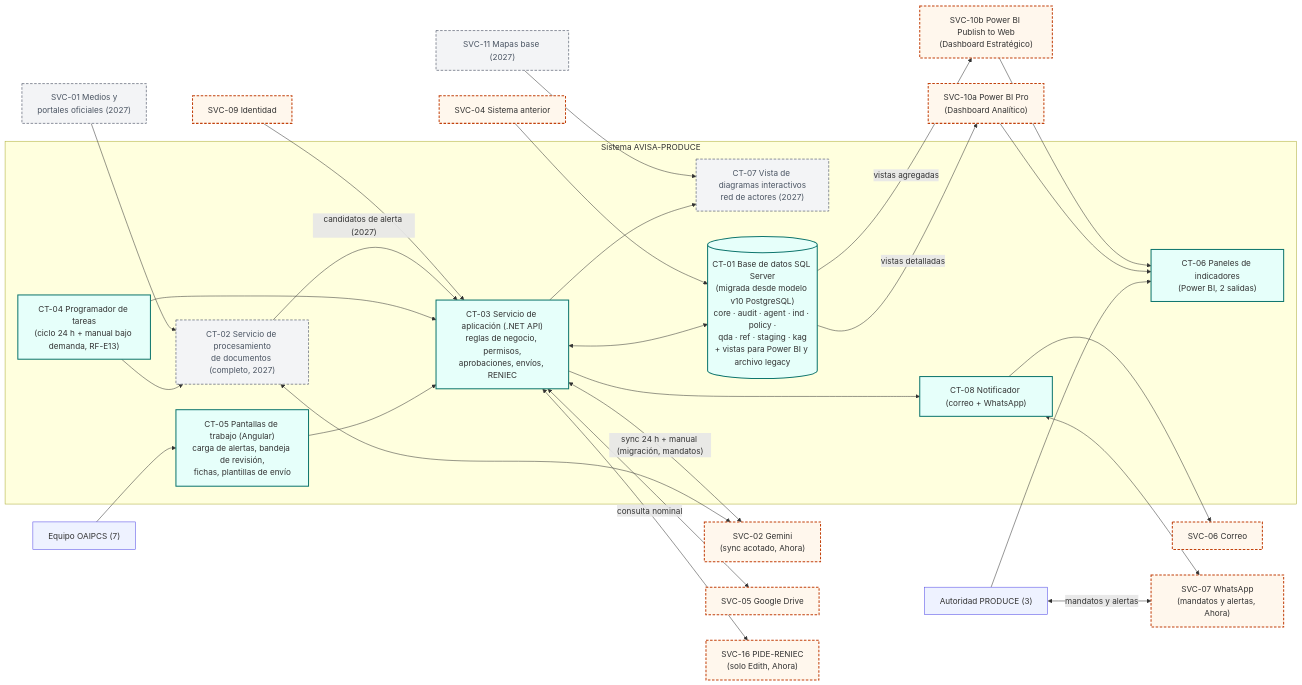
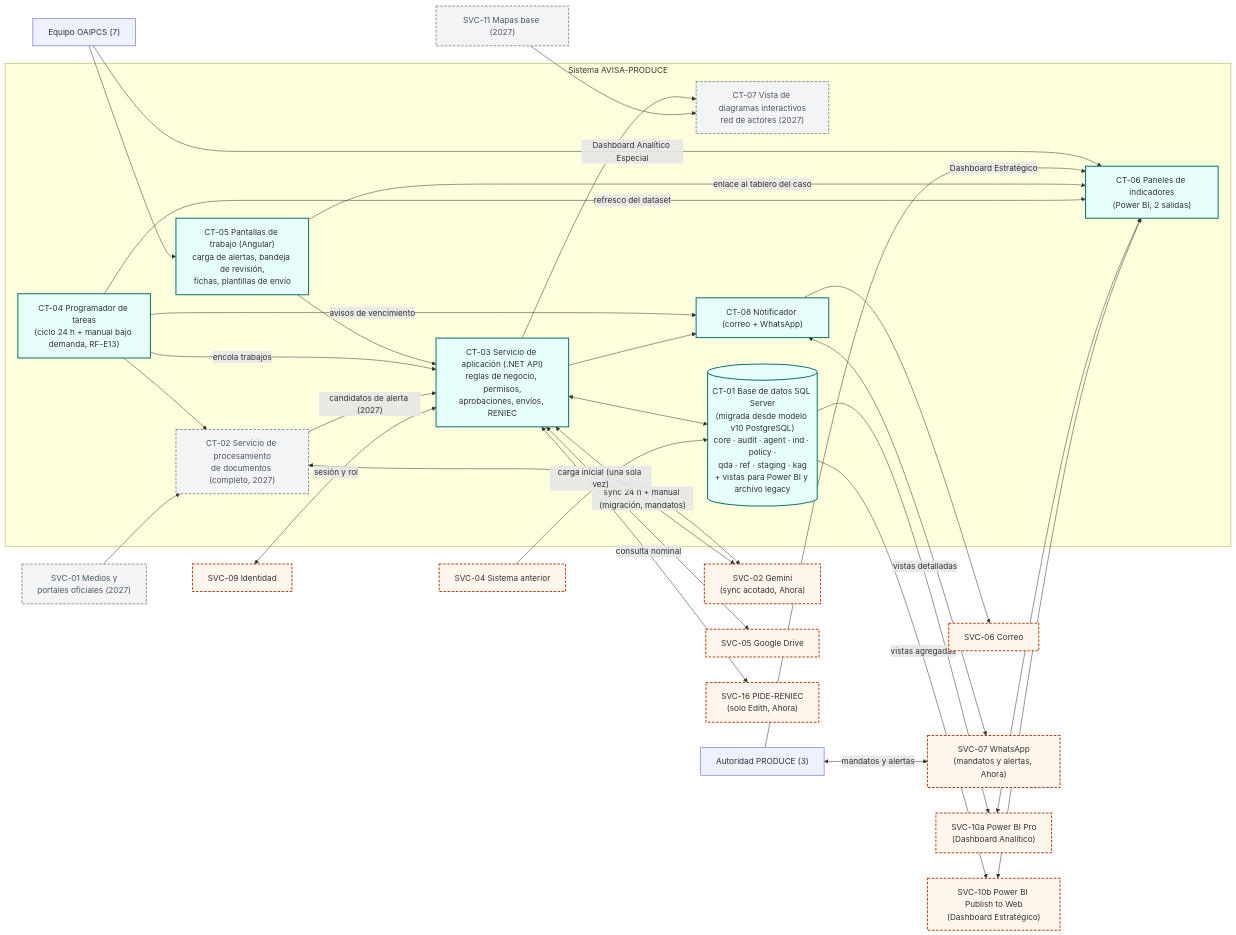
Before and after one commit to diegopaucarv/avisa: the fourth of 9 diagrams in docs/ERS_AVISA_PRODUCE_v0.6.md, drawn with Mermaid. The commit also changed other lines of this file and 32 other files, not shown here.

````diff
--- a/docs/ERS_AVISA_PRODUCE_v0.6.md
+++ b/docs/ERS_AVISA_PRODUCE_v0.6.md
@@ -1567,59 +1599,63 @@
 ```mermaid
 flowchart LR
   classDef pieza fill:#e6fffa,stroke:#0f766e,stroke-width:2px;
   classDef integra fill:#fff7ed,stroke:#c2410c,stroke-width:2px,stroke-dasharray:5 3;
   classDef pendiente fill:#fef2f2,stroke:#b91c1c,stroke-width:1.5px,stroke-dasharray:2 2;
   classDef futuro fill:#f3f4f6,stroke:#6b7280,stroke-width:1.5px,stroke-dasharray:5 3,color:#4b5563;
   classDef persona fill:#eef2ff,stroke:#4f46e5,stroke-width:1px;
 
   AN["Equipo OAIPCS (7)"]:::persona
   ALTA["Autoridad PRODUCE (3)"]:::persona
 
   subgraph SIS["Sistema AVISA-PRODUCE"]
     CT05["CT-05 Pantallas de trabajo (Angular)<br/>carga de alertas, bandeja de revisión,<br/>fichas, plantillas de envío"]:::pieza
     CT06["CT-06 Paneles de indicadores<br/>(Power BI, 2 salidas)"]:::pieza
     CT07["CT-07 Vista de diagramas interactivos<br/>red de actores (2027)"]:::futuro
     CT03["CT-03 Servicio de aplicación (.NET API)<br/>reglas de negocio, permisos,<br/>aprobaciones, envíos, RENIEC"]:::pieza
     CT02["CT-02 Servicio de procesamiento<br/>de documentos (completo, 2027)"]:::futuro
     CT04["CT-04 Programador de tareas<br/>(ciclo 24 h + manual bajo demanda, RF-E13)"]:::pieza
     CT08["CT-08 Notificador (correo + WhatsApp)"]:::pieza
     BD[("CT-01 Base de datos SQL Server<br/>(migrada desde modelo v10 PostgreSQL)<br/>core · audit · agent · ind · policy ·<br/>qda · ref · staging · kag<br/>+ vistas para Power BI y archivo legacy")]:::pieza
   end
 
   S01["SVC-01 Medios y<br/>portales oficiales (2027)"]:::futuro
   S02["SVC-02 Gemini<br/>(sync acotado, Ahora)"]:::integra
   S04["SVC-04 Sistema anterior"]:::integra
   S05["SVC-05 Google Drive"]:::integra
   S06["SVC-06 Correo"]:::integra
   S07["SVC-07 WhatsApp<br/>(mandatos y alertas, Ahora)"]:::integra
   S09["SVC-09 Identidad"]:::integra
   S10A["SVC-10a Power BI Pro<br/>(Dashboard Analítico)"]:::integra
   S10B["SVC-10b Power BI Publish to Web<br/>(Dashboard Estratégico)"]:::integra
   S11["SVC-11 Mapas base (2027)"]:::futuro
   S16["SVC-16 PIDE-RENIEC<br/>(solo Edith, Ahora)"]:::integra
 
   AN --> CT05
-  ALTA --> CT06
+  AN -->|"Dashboard Analítico Especial"| CT06
+  ALTA -->|"Dashboard Estratégico"| CT06
   ALTA <-->|"mandatos y alertas"| S07
   CT05 --> CT03
+  CT05 -->|"enlace al tablero del caso"| CT06
   CT03 <--> BD
-  CT04 --> CT03
+  CT04 -->|"encola trabajos"| CT03
   CT04 --> CT02
+  CT04 -->|"refresco del dataset"| CT06
+  CT04 -->|"avisos de vencimiento"| CT08
   S01 --> CT02
   CT02 <--> S02
   CT03 <-->|"sync 24 h + manual (migración, mandatos)"| S02
   CT02 -->|"candidatos de alerta (2027)"| CT03
-  S04 --> BD
+  S04 -->|"carga inicial (una sola vez)"| BD
   CT03 --> CT08
   CT08 --> S06
   CT08 <--> S07
   CT03 <--> S05
-  S09 --> CT03
+  S09 <-->|"sesión y rol"| CT03
   CT03 <-->|"consulta nominal"| S16
   BD -->|"vistas detalladas"| S10A
   BD -->|"vistas agregadas"| S10B
-  S10A --> CT06
-  S10B --> CT06
+  S10A <--> CT06
+  S10B <--> CT06
   CT03 --> CT07
   S11 --> CT07
 ```
````
